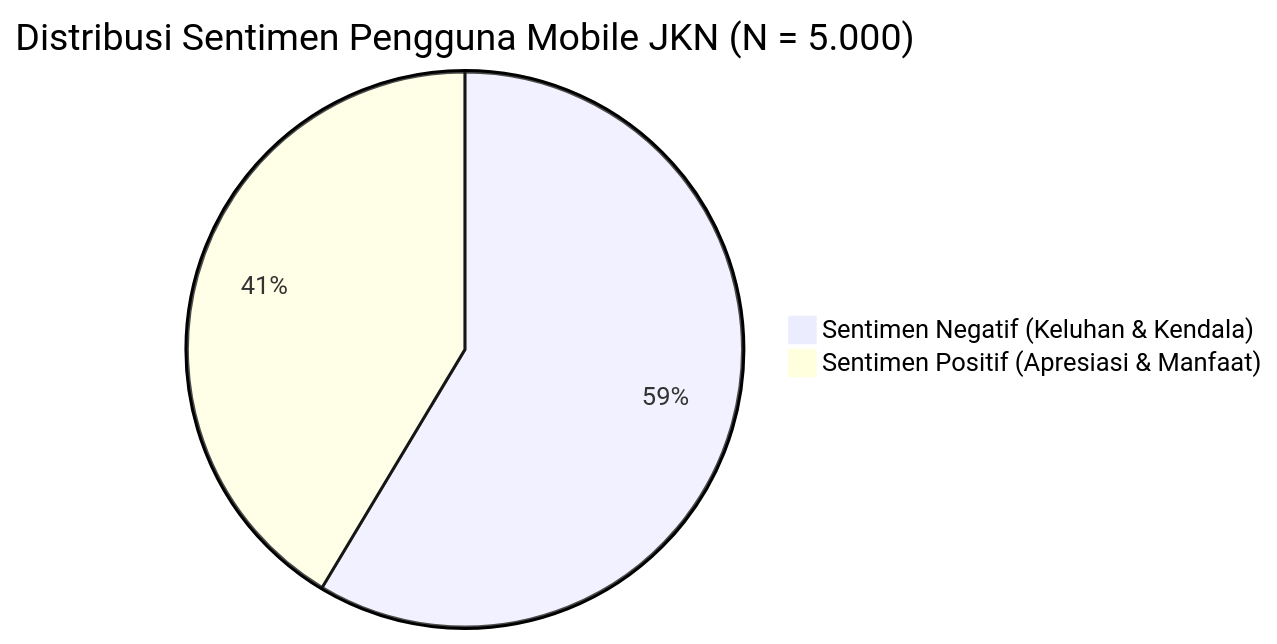
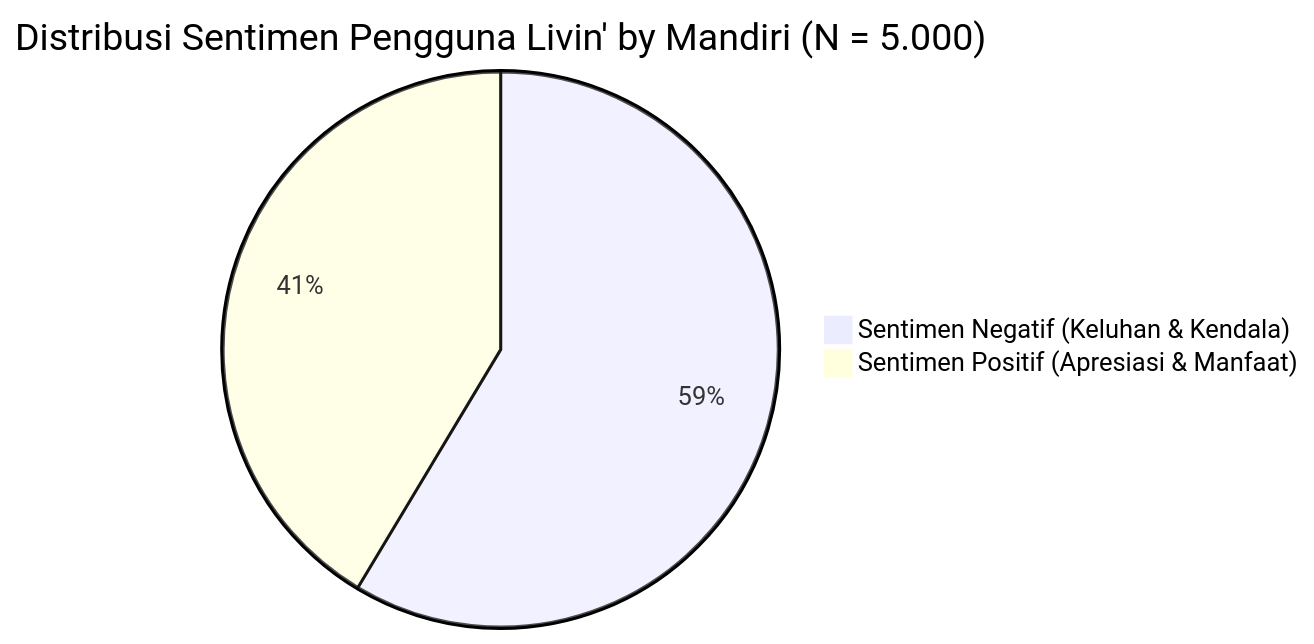
The diagram in docs/06_analisis_bisnis_rekomendasi.md (presidendjakarta/Binus-s2-Business-Intelligence-and-Analytics-TK), drawn with Mermaid before and after one commit. The commit also changed other lines of this file and 57 other files, not shown here.

````diff
--- a/docs/06_analisis_bisnis_rekomendasi.md
+++ b/docs/06_analisis_bisnis_rekomendasi.md
@@ -24,5 +24,5 @@
 ```mermaid
-pie title Distribusi Sentimen Pengguna Mobile JKN (N = 5.000)
+pie title Distribusi Sentimen Pengguna Livin' by Mandiri (N = 5.000)
     "Sentimen Negatif (Keluhan & Kendala)" : 2930
     "Sentimen Positif (Apresiasi & Manfaat)" : 2070
 ```
````
